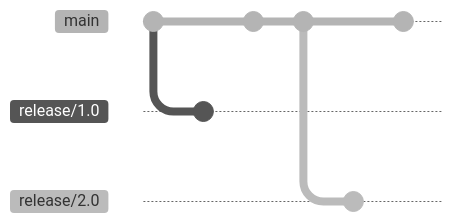
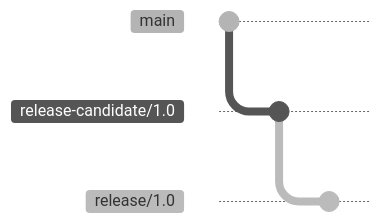
Before and after one commit to SiegeSailor/Website: the first of 6 diagrams in articles/notes/long-term-support/index.md, drawn with Mermaid (neutral theme). The commit also changed other lines of this file, not shown here. Commit ids are hidden.

Commit message:
note: Update RC branches description

````diff
--- a/articles/notes/long-term-support/index.md
+++ b/articles/notes/long-term-support/index.md
@@ -86,13 +86,8 @@
 ```mermaid
 gitGraph
     commit
+    branch "release-candidate/1.0"
+    commit
     branch "release/1.0"
     commit
-    checkout "main"
-    commit
-    commit
-    branch "release/2.0"
-    commit
-    checkout "main"
-    commit
 ```
````
